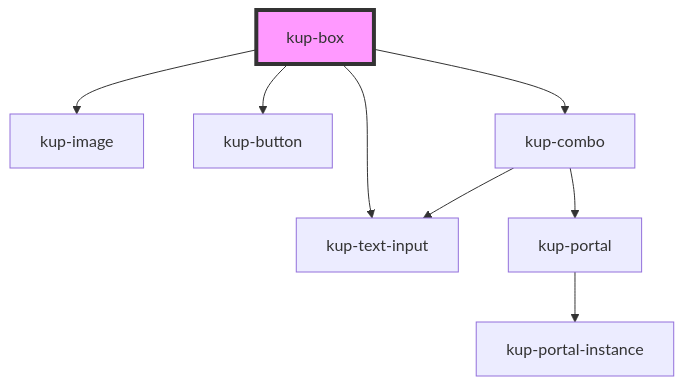
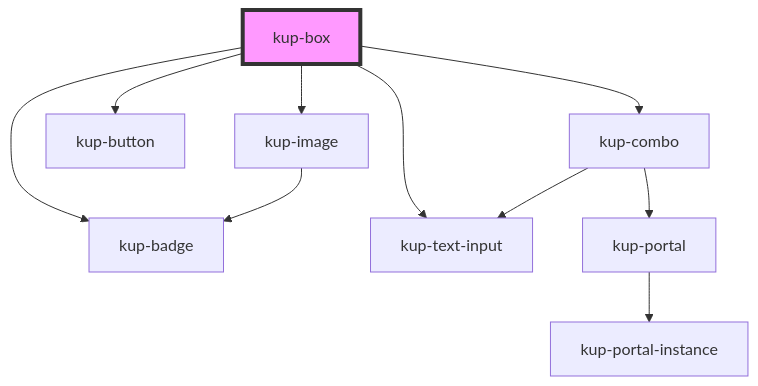
The diagram in packages/ketchup/src/components/kup-box/readme.md (smeup/ketchup), drawn with Mermaid before and after one commit. The commit also changed other lines of this file and 20 other files, not shown here.

````diff
--- a/packages/ketchup/src/components/kup-box/readme.md
+++ b/packages/ketchup/src/components/kup-box/readme.md
@@ -73,11 +74,13 @@
 ```mermaid
 graph TD;
+  kup-box --> kup-badge
   kup-box --> kup-image
   kup-box --> kup-button
   kup-box --> kup-combo
   kup-box --> kup-text-input
+  kup-image --> kup-badge
   kup-combo --> kup-text-input
   kup-combo --> kup-portal
   kup-portal --> kup-portal-instance
   style kup-box fill:#f9f,stroke:#333,stroke-width:4px
 ```
````
